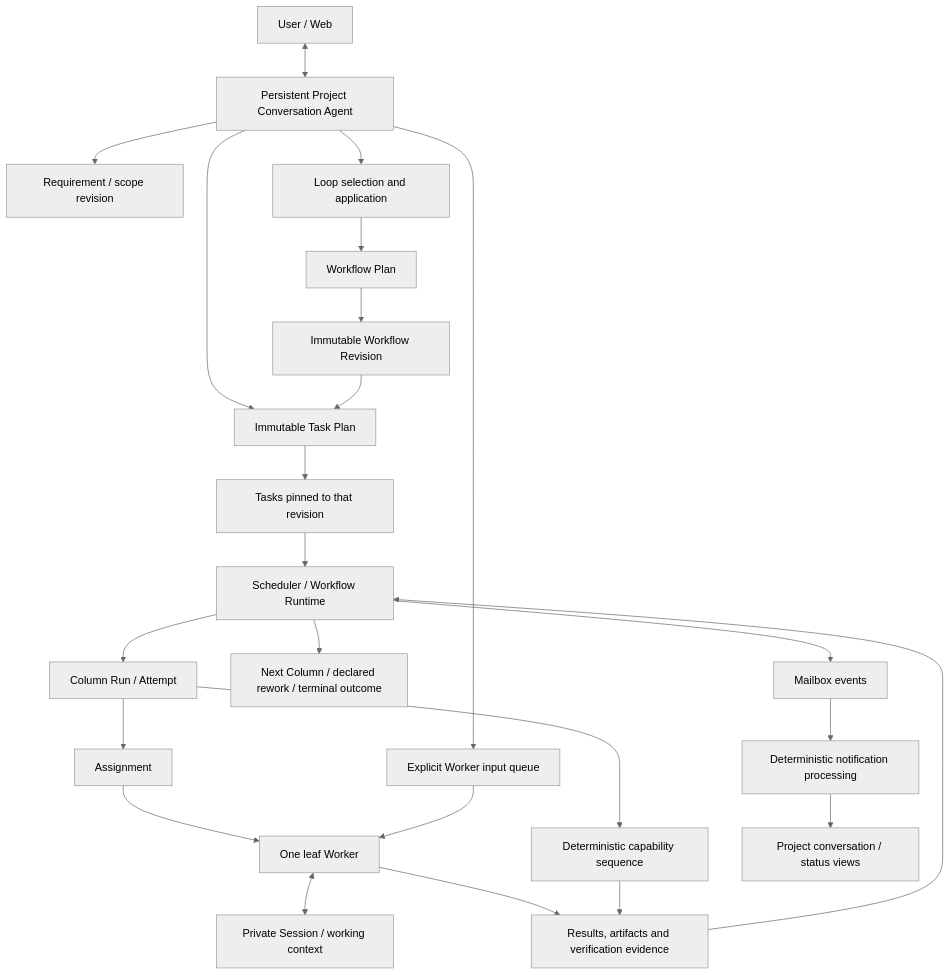
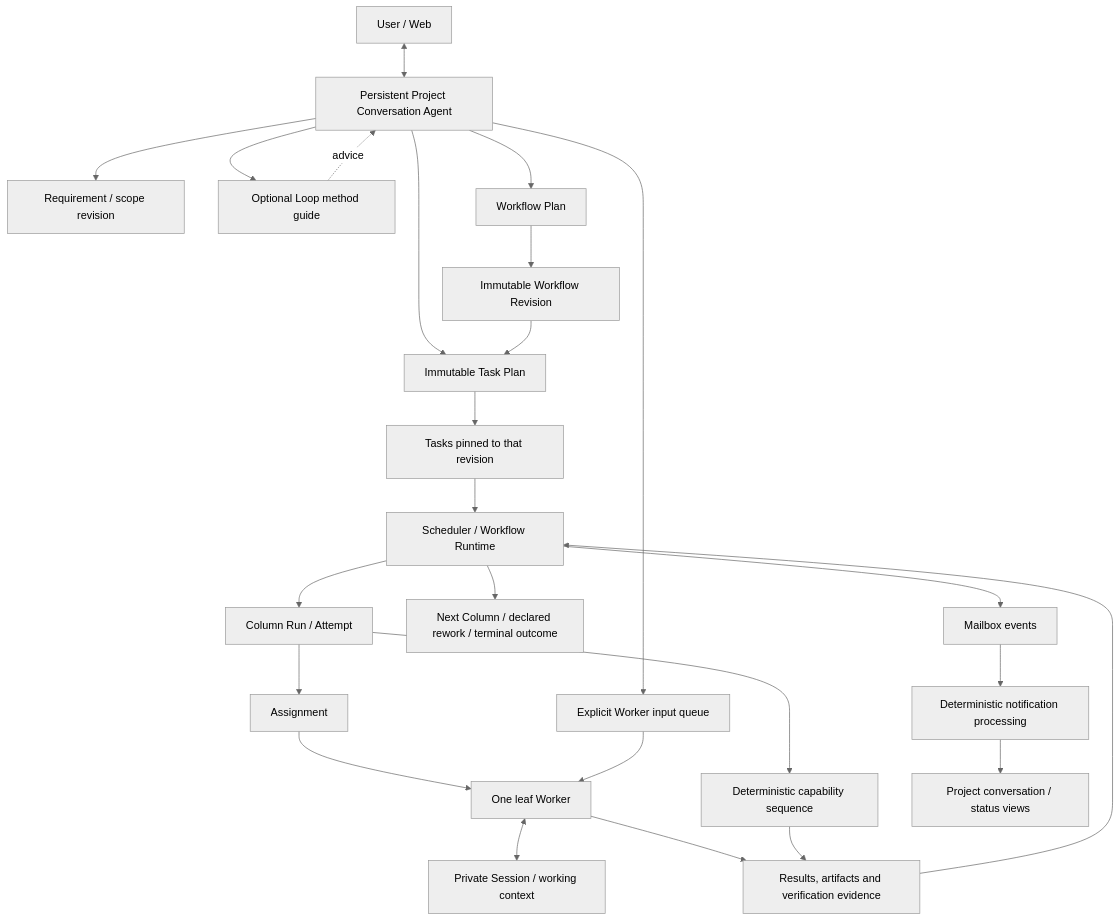
One commit to zanghongtu2006/DevWerk changed the diagram in DevWerk/README.md. Above: the diagram before and after it, drawn with Mermaid (neutral theme). The commit also changed other lines of this file and 128 other files, not shown here.

````diff
--- a/DevWerk/README.md
+++ b/DevWerk/README.md
@@ -11,26 +11,27 @@
 ```mermaid
 flowchart TD
     U["User / Web"] <--> CA["Persistent Project Conversation Agent"]
     CA --> REQ["Requirement / scope revision"]
-    CA --> LOOP["Loop selection and application"]
-    LOOP --> WP["Workflow Plan"]
+    CA --> LOOP["Optional Loop method guide"]
+    LOOP -. advice .-> CA
+    CA --> WP["Workflow Plan"]
     WP --> WR["Immutable Workflow Revision"]
     CA --> TP["Immutable Task Plan"]
     WR --> TP
     TP --> T["Tasks pinned to that revision"]
     T --> RT["Scheduler / Workflow Runtime"]
     RT --> CR["Column Run / Attempt"]
     CR --> AS["Assignment"]
     AS --> W["One leaf Worker"]
     W <--> S["Private Session / working context"]
     CR --> CS["Deterministic capability sequence"]
     W --> E["Results, artifacts and verification evidence"]
     CS --> E
     E --> RT
     RT --> NEXT["Next Column / declared rework / terminal outcome"]
     CA --> WI["Explicit Worker input queue"]
     WI --> W
     RT --> MB["Mailbox events"]
     MB --> NR["Deterministic notification processing"]
     NR --> UI["Project conversation / status views"]
 ```
````
